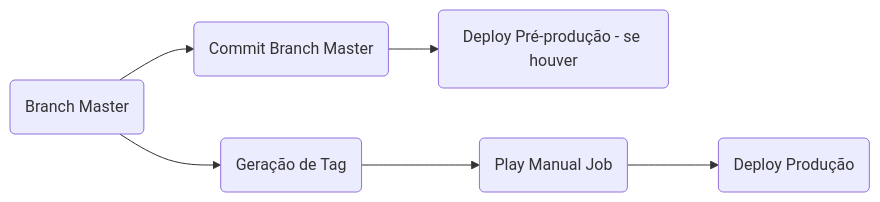
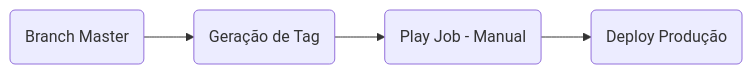
One commit to CAPES/guia changed the third of 3 diagrams in cgs/repo-gitlab/pipeline.md. Above: the diagram before and after it, drawn with Mermaid. The commit also changed other lines of this file, not shown here.

````diff
--- a/cgs/repo-gitlab/pipeline.md
+++ b/cgs/repo-gitlab/pipeline.md
@@ -55,8 +55,6 @@
 ```mermaid
 graph LR
     A(Branch Master) --> B(Geração de Tag)
-    A --> A1(Commit Branch Master)
-    A1 --> A2(Deploy Pré-produção - se houver) 
-    B --> C(Play Manual Job)
+    B --> C(Play Job - Manual)
     C --> E(Deploy Produção)    
 ```
````
